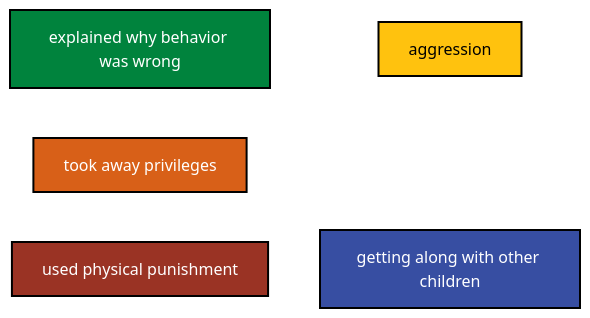
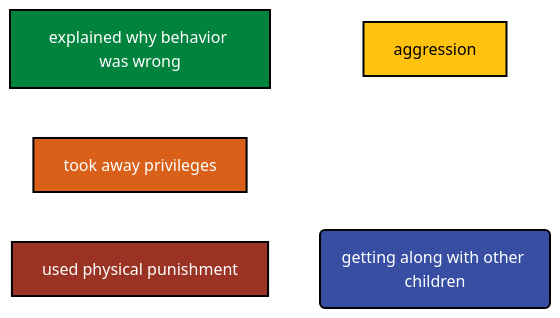
The diagram in global-perspectives/diagram.md (agrogan1/closeread), drawn with Mermaid before and after one commit.

````diff
--- a/global-perspectives/diagram.md
+++ b/global-perspectives/diagram.md
@@ -1,31 +1,31 @@
   ```mermaid
 flowchart LR
 
   classDef yellow fill:#FFC20E,stroke:#000000,stroke-width:2px,color:#000000;
   
   classDef blue fill:#374EA2,stroke:#000000,stroke-width:2px,color:#FFFFFF;
   
   classDef green fill:#00833D,stroke:#000000,stroke-width:2px,color:#FFFFFF;
   
   classDef orange fill:#D86018,stroke:#000000,stroke-width:2px,color:#FFFFFF;
   
   classDef red fill:#9A3324,stroke:#000000,stroke-width:2px,color:#FFFFFF;
 
   explained[explained why behavior was wrong]:::green
 
   privileges[took away privileges]:::orange
   
   CP[used physical punishment]:::red
 
   aggression:::yellow
 
-  gettingalong[getting along with other children]:::blue
+  gettingalong(getting along with other children):::blue
 
   explained ~~~ aggression
   privileges ~~~ aggression
   CP ~~~ aggression
   explained ~~~ gettingalong
   privileges ~~~ gettingalong
   CP ~~~ gettingalong
   
 ```
````
